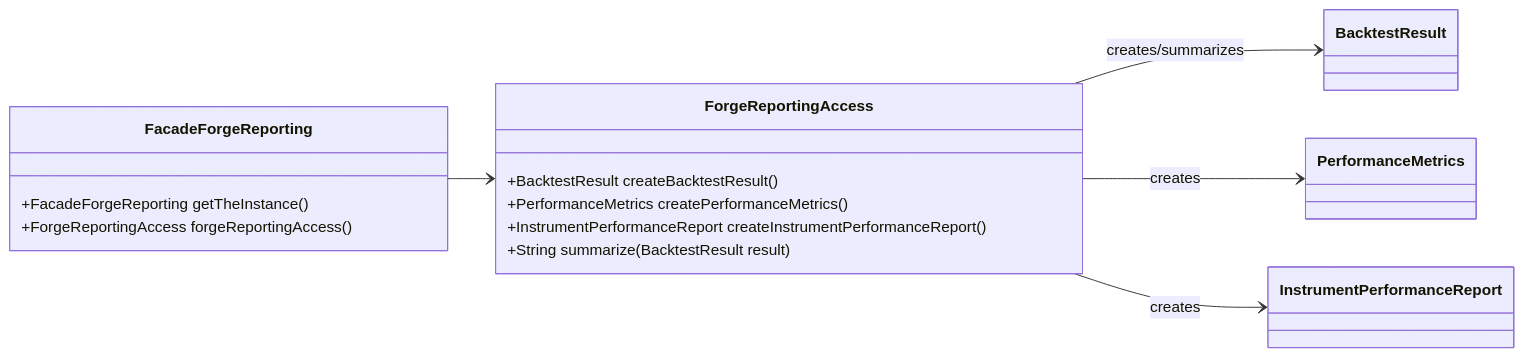
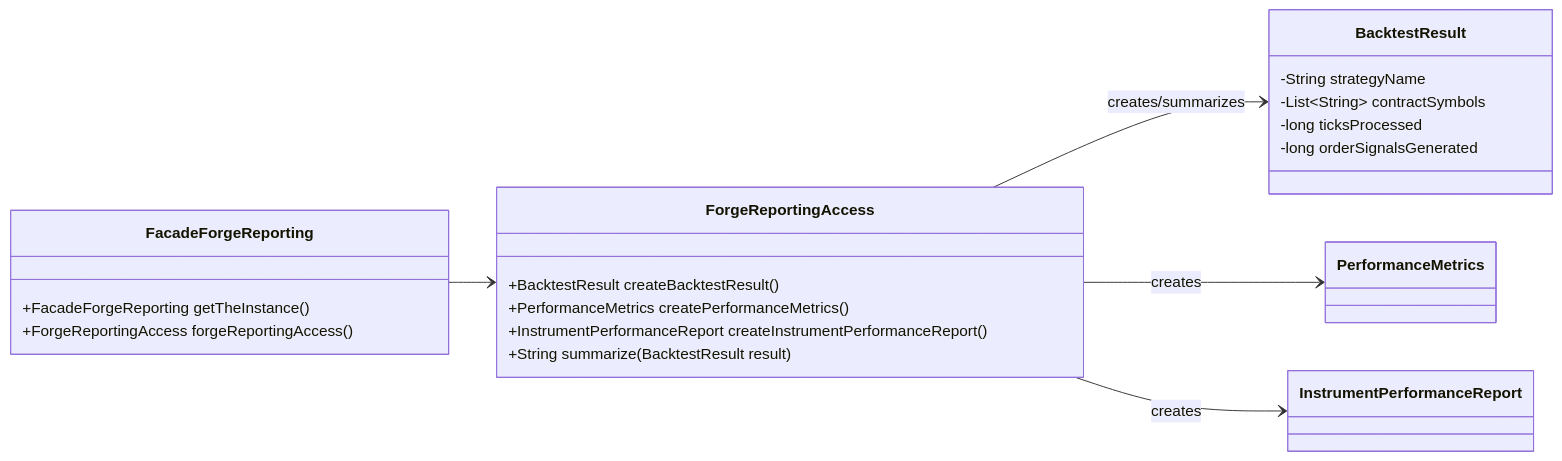
Before and after one commit to probst-paul/FORGE: diagram 17 of 19 in class-model.md, drawn with Mermaid. The commit also changed other lines of this file and 7 other files, not shown here.

````diff
--- a/class-model.md
+++ b/class-model.md
@@ -924,25 +931,30 @@
 ```mermaid
 classDiagram
     direction LR
 
     class FacadeForgeReporting {
         +FacadeForgeReporting getTheInstance()
         +ForgeReportingAccess forgeReportingAccess()
     }
 
     class ForgeReportingAccess {
         +BacktestResult createBacktestResult()
         +PerformanceMetrics createPerformanceMetrics()
         +InstrumentPerformanceReport createInstrumentPerformanceReport()
         +String summarize(BacktestResult result)
     }
 
-    class BacktestResult
+    class BacktestResult {
+        -String strategyName
+        -List~String~ contractSymbols
+        -long ticksProcessed
+        -long orderSignalsGenerated
+    }
     class PerformanceMetrics
     class InstrumentPerformanceReport
 
     FacadeForgeReporting --> ForgeReportingAccess
     ForgeReportingAccess --> BacktestResult : creates/summarizes
     ForgeReportingAccess --> PerformanceMetrics : creates
     ForgeReportingAccess --> InstrumentPerformanceReport : creates
 ```
````
